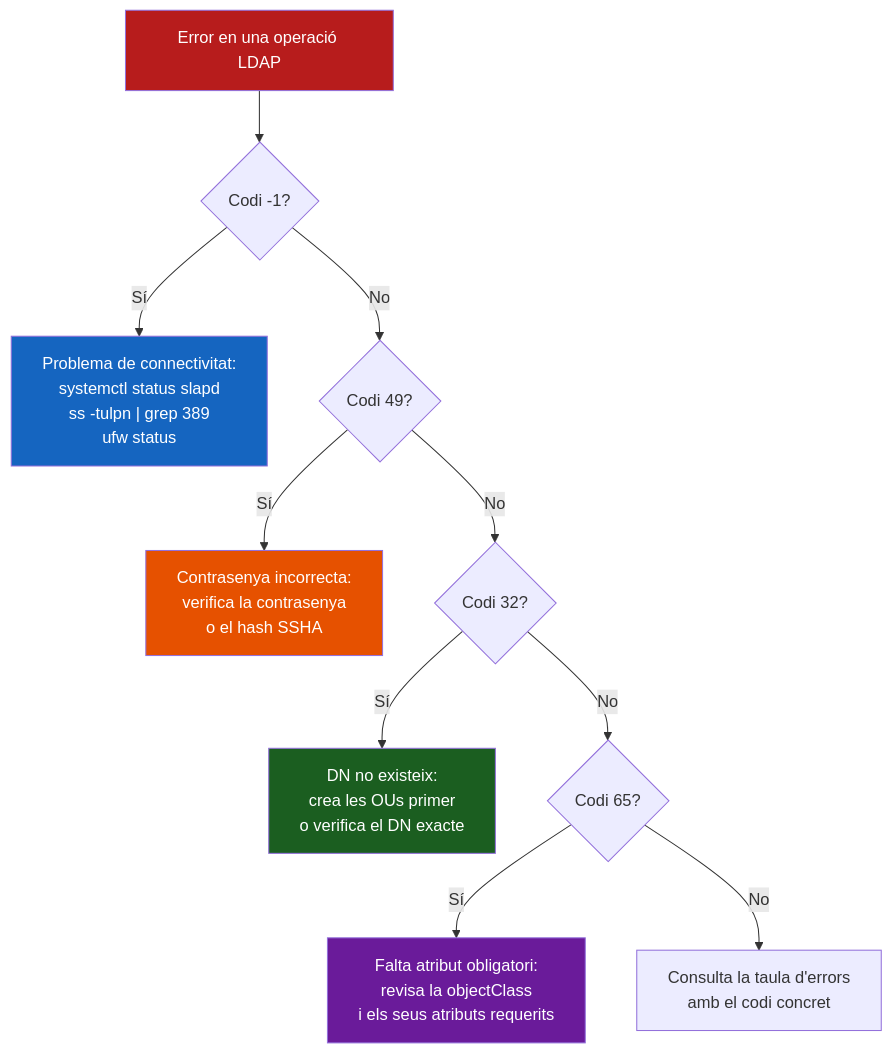
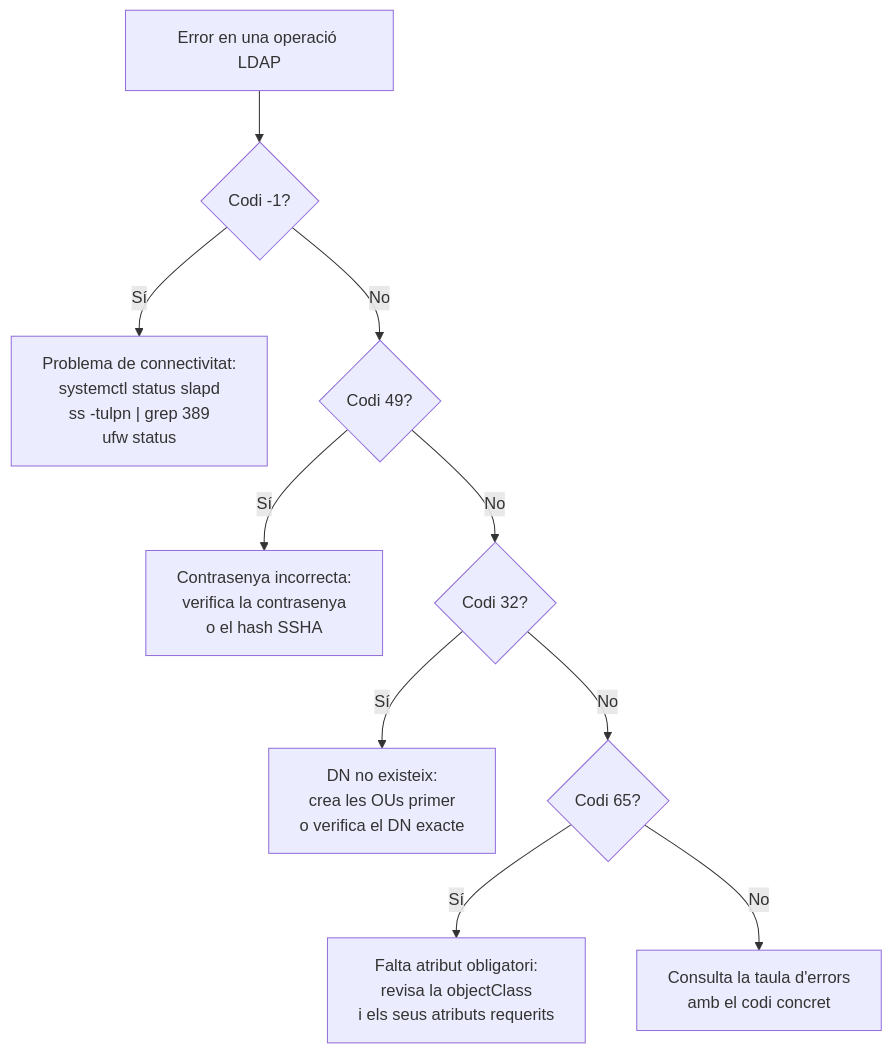
The diagram in docs/ut2/bloc5-ldap-crud/25-errors-ldap-frequents.md (xtartera/TartyDocs), drawn with Mermaid before and after one commit. The commit also changed 15 other files, not shown here.

First line of the commit message:
ut2: elimina style directives dels diagrames mermaid (18 fitxers)

````diff
--- a/docs/ut2/bloc5-ldap-crud/25-errors-ldap-frequents.md
+++ b/docs/ut2/bloc5-ldap-crud/25-errors-ldap-frequents.md
@@ -51,18 +51,13 @@
     ```mermaid
     flowchart TD
         A["Error en una operació LDAP"] --> B{"Codi -1?"}
         B -->|Sí| C["Problema de connectivitat:\nsystemctl status slapd\nss -tulpn | grep 389\nufw status"]
         B -->|No| D{"Codi 49?"}
         D -->|Sí| E["Contrasenya incorrecta:\nverifica la contrasenya\no el hash SSHA"]
         D -->|No| F{"Codi 32?"}
         F -->|Sí| G["DN no existeix:\ncrea les OUs primer\no verifica el DN exacte"]
         F -->|No| H{"Codi 65?"}
         H -->|Sí| I["Falta atribut obligatori:\nrevisa la objectClass\ni els seus atributs requerits"]
         H -->|No| J["Consulta la taula d'errors\namb el codi concret"]
 
-        style A fill:#B71C1C,color:#fff
-        style C fill:#1565C0,color:#fff
-        style E fill:#E65100,color:#fff
-        style G fill:#1B5E20,color:#fff
-        style I fill:#6A1B9A,color:#fff
     ```
````
